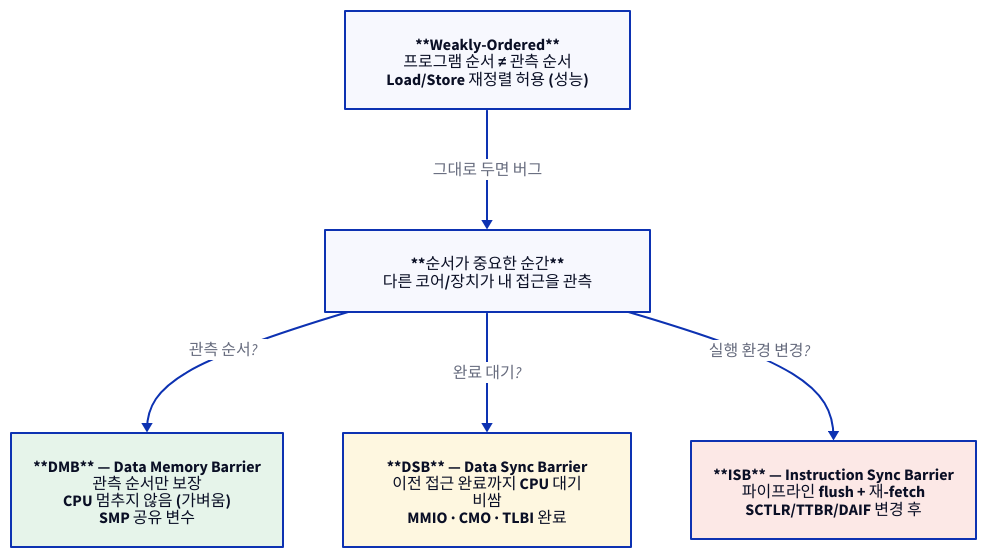
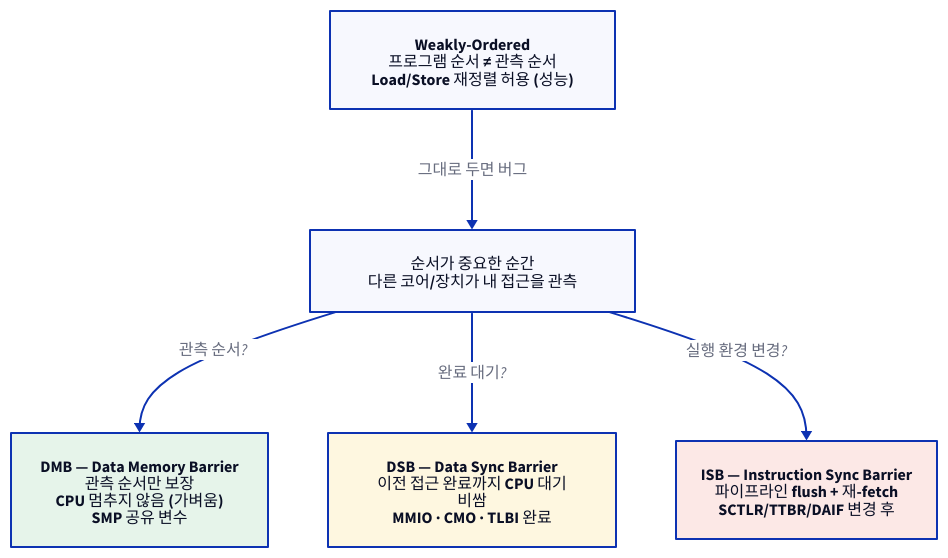
One commit to humbleowl39/DV_SKOOL changed the first of 2 diagrams in starlight_site/src/content/docs/cpu_arm/04_memory_model_barriers.md. Above: the diagram before and after it, drawn with D2. The commit also changed other lines of this file and 714 other files, not shown here.

First line of the commit message:
fix(site): d2 다이어그램 가독성 결함 6종 일괄 수정

````diff
--- a/starlight_site/src/content/docs/cpu_arm/04_memory_model_barriers.md
+++ b/starlight_site/src/content/docs/cpu_arm/04_memory_model_barriers.md
@@ -47,23 +47,23 @@
 ```d2
 direction: down
 
-WEAK: "**Weakly-Ordered**\n프로그램 순서 ≠ 관측 순서\nLoad/Store 재정렬 허용 (성능)"
-NEED: "**순서가 중요한 순간**\n다른 코어/장치가 내 접근을 관측"
-DMB: "**DMB** — Data Memory Barrier\n관측 순서만 보장\nCPU 멈추지 않음 (가벼움)\nSMP 공유 변수" {
+WEAK: "Weakly-Ordered\n프로그램 순서 ≠ 관측 순서\nLoad/Store 재정렬 허용 (성능)"
+NEED: "순서가 중요한 순간\n다른 코어/장치가 내 접근을 관측"
+DMB: "DMB — Data Memory Barrier\n관측 순서만 보장\nCPU 멈추지 않음 (가벼움)\nSMP 공유 변수" {
   style.fill: "#e6f4ea"
   style.font-color: "#0A0F25"
 }
-DSB: "**DSB** — Data Sync Barrier\n이전 접근 완료까지 CPU 대기\n비쌈\nMMIO · CMO · TLBI 완료" {
+DSB: "DSB — Data Sync Barrier\n이전 접근 완료까지 CPU 대기\n비쌈\nMMIO · CMO · TLBI 완료" {
   style.fill: "#fef7e0"
   style.font-color: "#0A0F25"
 }
-ISB: "**ISB** — Instruction Sync Barrier\n파이프라인 flush + 재-fetch\nSCTLR/TTBR/DAIF 변경 후" {
+ISB: "ISB — Instruction Sync Barrier\n파이프라인 flush + 재-fetch\nSCTLR/TTBR/DAIF 변경 후" {
   style.fill: "#fce8e6"
   style.font-color: "#0A0F25"
 }
 
 WEAK -> NEED: "그대로 두면 버그"
 NEED -> DMB: "관측 순서?"
 NEED -> DSB: "완료 대기?"
 NEED -> ISB: "실행 환경 변경?"
 ```
````
